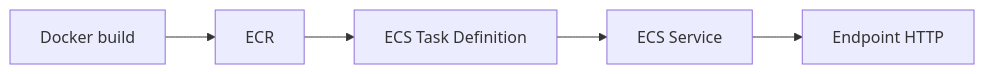
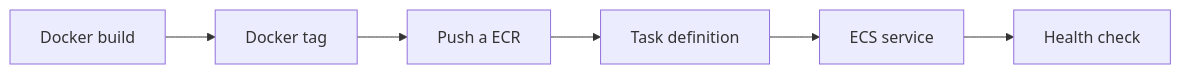
The diagram in _build/html/_sources/unidad_5/14_aws_ecs_fargate.md (wilmerpineda/modulo2_mlops_python), drawn with Mermaid before and after one commit. The commit also changed other lines of this file and 126 other files, not shown here.

````diff
--- a/_build/html/_sources/unidad_5/14_aws_ecs_fargate.md
+++ b/_build/html/_sources/unidad_5/14_aws_ecs_fargate.md
@@ -5,7 +20,8 @@
 ```{mermaid}
 flowchart LR
-    A[Docker build] --> B[ECR]
-    B --> C[ECS Task Definition]
-    C --> D[ECS Service]
-    D --> E[Endpoint HTTP]
+    A[Docker build] --> B[Docker tag]
+    B --> C[Push a ECR]
+    C --> D[Task definition]
+    D --> E[ECS service]
+    E --> F[Health check]
 ```
````
